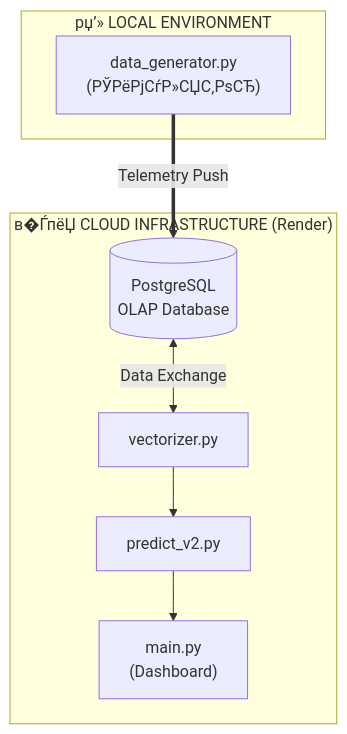
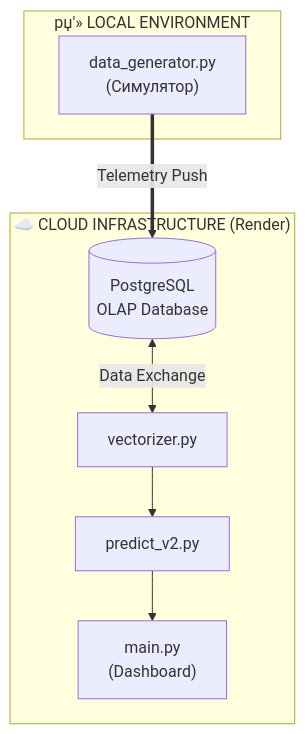
The second of 4 diagrams in docs/thesis/THESIS_3_DESIGN_AND_IMPLEMENTATION_EXPANDED.md (Lutvunenko-Dmutro/EnergyMonitor-OLAP), drawn with Mermaid before and after one commit. The commit also changed other lines of this file and 10 other files, not shown here.

````diff
--- a/docs/thesis/THESIS_3_DESIGN_AND_IMPLEMENTATION_EXPANDED.md
+++ b/docs/thesis/THESIS_3_DESIGN_AND_IMPLEMENTATION_EXPANDED.md
@@ -49,18 +49,18 @@
 ```mermaid
 graph TD
-    subgraph Local ["рџ’» LOCAL ENVIRONMENT"]
-        DG["data_generator.py\n(РЎРёРјСѓР»СЏС‚РѕСЂ)"]
+    subgraph Local ["рџ'» LOCAL ENVIRONMENT"]
+        DG["data_generator.py\n(Симулятор)"]
     end
 
-    subgraph Cloud ["в�ЃпёЏ CLOUD INFRASTRUCTURE (Render)"]
+    subgraph Cloud ["☁️ CLOUD INFRASTRUCTURE (Render)"]
         DB[(PostgreSQL\nOLAP Database)]
         Vect["vectorizer.py"]
         Pred["predict_v2.py"]
         UI["main.py\n(Dashboard)"]
     end
 
     DG ==>|"Telemetry Push"| DB
     DB <-->|"Data Exchange"| Vect
     Vect --> Pred
     Pred --> UI
 ```
````
